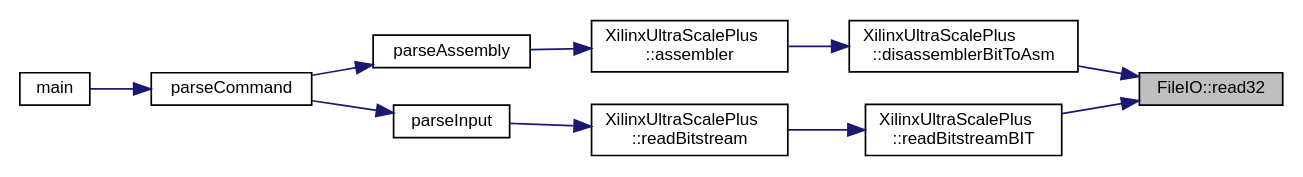
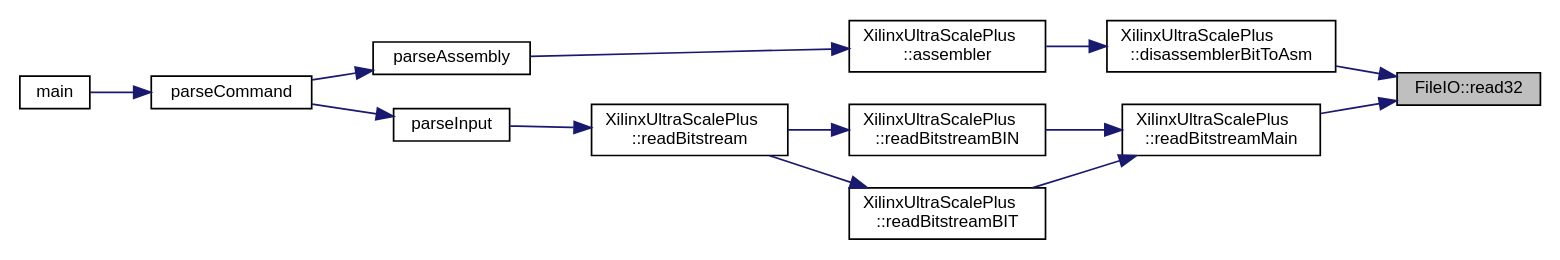
One commit to FPGA-Research-Manchester/byteman changed the diagram in namespaceFileIO_a20ef39a2e52da1b679e3224ab5129cbc_icgraph.dot. Above: the diagram before and after it, drawn with Graphviz. The commit also changed 366 other files, not shown here.

```diff
--- a/namespaceFileIO_a20ef39a2e52da1b679e3224ab5129cbc_icgraph.dot
+++ b/namespaceFileIO_a20ef39a2e52da1b679e3224ab5129cbc_icgraph.dot
@@ -1,26 +1,31 @@
 digraph "FileIO::read32"
 {
  // INTERACTIVE_SVG=YES
  // LATEX_PDF_SIZE
   edge [fontname="Helvetica",fontsize="10",labelfontname="Helvetica",labelfontsize="10"];
   node [fontname="Helvetica",fontsize="10",shape=record];
   rankdir="RL";
   Node1 [label="FileIO::read32",height=0.2,width=0.4,color="black", fillcolor="grey75", style="filled", fontcolor="black",tooltip=" "];
   Node1 -> Node2 [dir="back",color="midnightblue",fontsize="10",style="solid",fontname="Helvetica"];
   Node2 [label="XilinxUltraScalePlus\l::disassemblerBitToAsm",height=0.2,width=0.4,color="black", fillcolor="white", style="filled",URL="$classXilinxUltraScalePlus.html#a54f9af4b6723a99c0b9e8e9c9b424d00",tooltip=" "];
   Node2 -> Node3 [dir="back",color="midnightblue",fontsize="10",style="solid",fontname="Helvetica"];
   Node3 [label="XilinxUltraScalePlus\l::assembler",height=0.2,width=0.4,color="black", fillcolor="white", style="filled",URL="$classXilinxUltraScalePlus.html#a53e5f6ec962f1f2a961f90b8b9e90e10",tooltip=" "];
   Node3 -> Node4 [dir="back",color="midnightblue",fontsize="10",style="solid",fontname="Helvetica"];
   Node4 [label="parseAssembly",height=0.2,width=0.4,color="black", fillcolor="white", style="filled",URL="$byteman_8cpp.html#abdebe35e6ba3749eaa14350ca0942419",tooltip=" "];
   Node4 -> Node5 [dir="back",color="midnightblue",fontsize="10",style="solid",fontname="Helvetica"];
   Node5 [label="parseCommand",height=0.2,width=0.4,color="black", fillcolor="white", style="filled",URL="$byteman_8cpp.html#a913ad3944130fafece24fe460db9b6aa",tooltip=" "];
   Node5 -> Node6 [dir="back",color="midnightblue",fontsize="10",style="solid",fontname="Helvetica"];
   Node6 [label="main",height=0.2,width=0.4,color="black", fillcolor="white", style="filled",URL="$byteman_8cpp.html#a0ddf1224851353fc92bfbff6f499fa97",tooltip=" "];
   Node1 -> Node7 [dir="back",color="midnightblue",fontsize="10",style="solid",fontname="Helvetica"];
-  Node7 [label="XilinxUltraScalePlus\l::readBitstreamBIT",height=0.2,width=0.4,color="black", fillcolor="white", style="filled",URL="$classXilinxUltraScalePlus.html#a62dea738808396d7d520f26d8e5594d2",tooltip=" "];
+  Node7 [label="XilinxUltraScalePlus\l::readBitstreamMain",height=0.2,width=0.4,color="black", fillcolor="white", style="filled",URL="$classXilinxUltraScalePlus.html#ade1b1830c328d64beb957417ecc445b3",tooltip=" "];
   Node7 -> Node8 [dir="back",color="midnightblue",fontsize="10",style="solid",fontname="Helvetica"];
-  Node8 [label="XilinxUltraScalePlus\l::readBitstream",height=0.2,width=0.4,color="black", fillcolor="white", style="filled",URL="$classXilinxUltraScalePlus.html#a0e5d08a2e5c37a29a1a04d50b48739d2",tooltip=" "];
+  Node8 [label="XilinxUltraScalePlus\l::readBitstreamBIN",height=0.2,width=0.4,color="black", fillcolor="white", style="filled",URL="$classXilinxUltraScalePlus.html#ae197b2b5b423cd1be99409c70f51bc37",tooltip=" "];
   Node8 -> Node9 [dir="back",color="midnightblue",fontsize="10",style="solid",fontname="Helvetica"];
-  Node9 [label="parseInput",height=0.2,width=0.4,color="black", fillcolor="white", style="filled",URL="$byteman_8cpp.html#a4dbd88e4909b2f0429f9d0b2fc2608bb",tooltip=" "];
-  Node9 -> Node5 [dir="back",color="midnightblue",fontsize="10",style="solid",fontname="Helvetica"];
+  Node9 [label="XilinxUltraScalePlus\l::readBitstream",height=0.2,width=0.4,color="black", fillcolor="white", style="filled",URL="$classXilinxUltraScalePlus.html#a0e5d08a2e5c37a29a1a04d50b48739d2",tooltip=" "];
+  Node9 -> Node10 [dir="back",color="midnightblue",fontsize="10",style="solid",fontname="Helvetica"];
+  Node10 [label="parseInput",height=0.2,width=0.4,color="black", fillcolor="white", style="filled",URL="$byteman_8cpp.html#a4dbd88e4909b2f0429f9d0b2fc2608bb",tooltip=" "];
+  Node10 -> Node5 [dir="back",color="midnightblue",fontsize="10",style="solid",fontname="Helvetica"];
+  Node7 -> Node11 [dir="back",color="midnightblue",fontsize="10",style="solid",fontname="Helvetica"];
+  Node11 [label="XilinxUltraScalePlus\l::readBitstreamBIT",height=0.2,width=0.4,color="black", fillcolor="white", style="filled",URL="$classXilinxUltraScalePlus.html#a62dea738808396d7d520f26d8e5594d2",tooltip=" "];
+  Node11 -> Node9 [dir="back",color="midnightblue",fontsize="10",style="solid",fontname="Helvetica"];
 }
```
